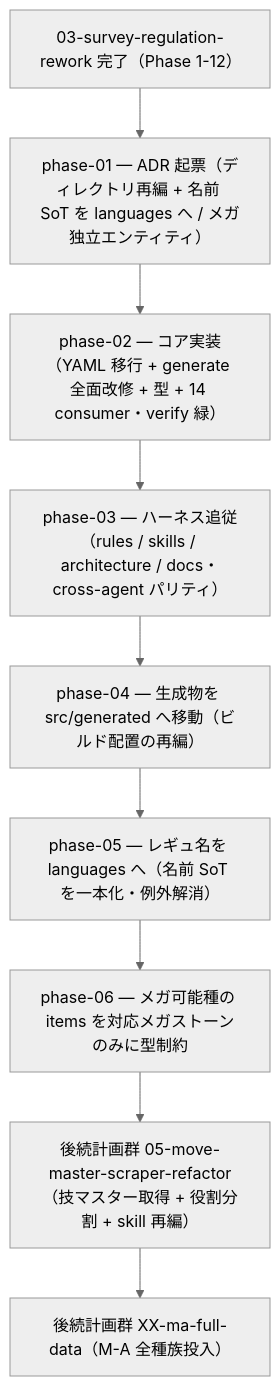
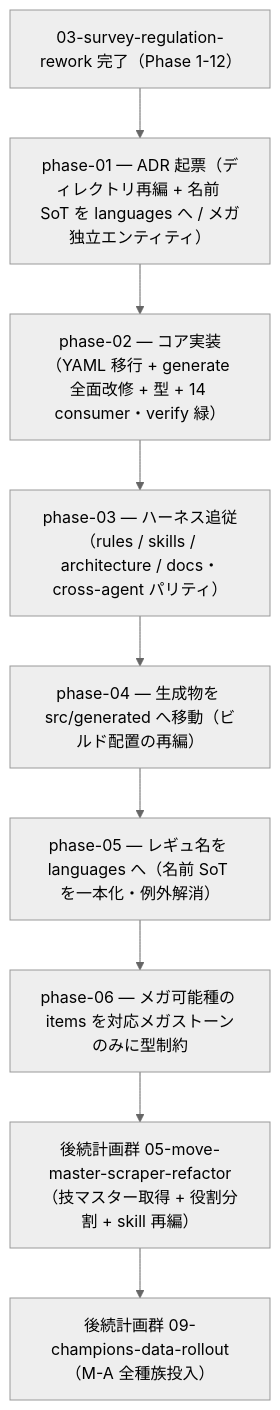
Before and after one commit to subroh0508/pokeform: the diagram in docs/roadmap/completed/04-generated-layout-redesign/README.md, drawn with Mermaid (neutral theme). The commit also changed other lines of this file and 32 other files, not shown here.

First line of the commit message:
docs(roadmap): 全種族投入計画を再スコープ + XX→09 採番確定

````diff
--- a/docs/roadmap/completed/04-generated-layout-redesign/README.md
+++ b/docs/roadmap/completed/04-generated-layout-redesign/README.md
@@ -9,11 +9,11 @@
 ```mermaid
 flowchart TD
     P03[03-survey-regulation-rework 完了（Phase 1-12）] --> P1[phase-01 — ADR 起票（ディレクトリ再編 + 名前 SoT を languages へ / メガ独立エンティティ）]
     P1 --> P2[phase-02 — コア実装（YAML 移行 + generate 全面改修 + 型 + 14 consumer・verify 緑）]
     P2 --> P3[phase-03 — ハーネス追従（rules / skills / architecture / docs・cross-agent パリティ）]
     P3 --> P4[phase-04 — 生成物を src/generated へ移動（ビルド配置の再編）]
     P4 --> P5[phase-05 — レギュ名を languages へ（名前 SoT を一本化・例外解消）]
     P5 --> P6[phase-06 — メガ可能種の items を対応メガストーンのみに型制約]
     P6 --> P05[後続計画群 05-move-master-scraper-refactor（技マスター取得 + 役割分割 + skill 再編）]
-    P05 --> P06[後続計画群 XX-ma-full-data（M-A 全種族投入）]
+    P05 --> P06[後続計画群 09-champions-data-rollout（M-A 全種族投入）]
 ```
````
